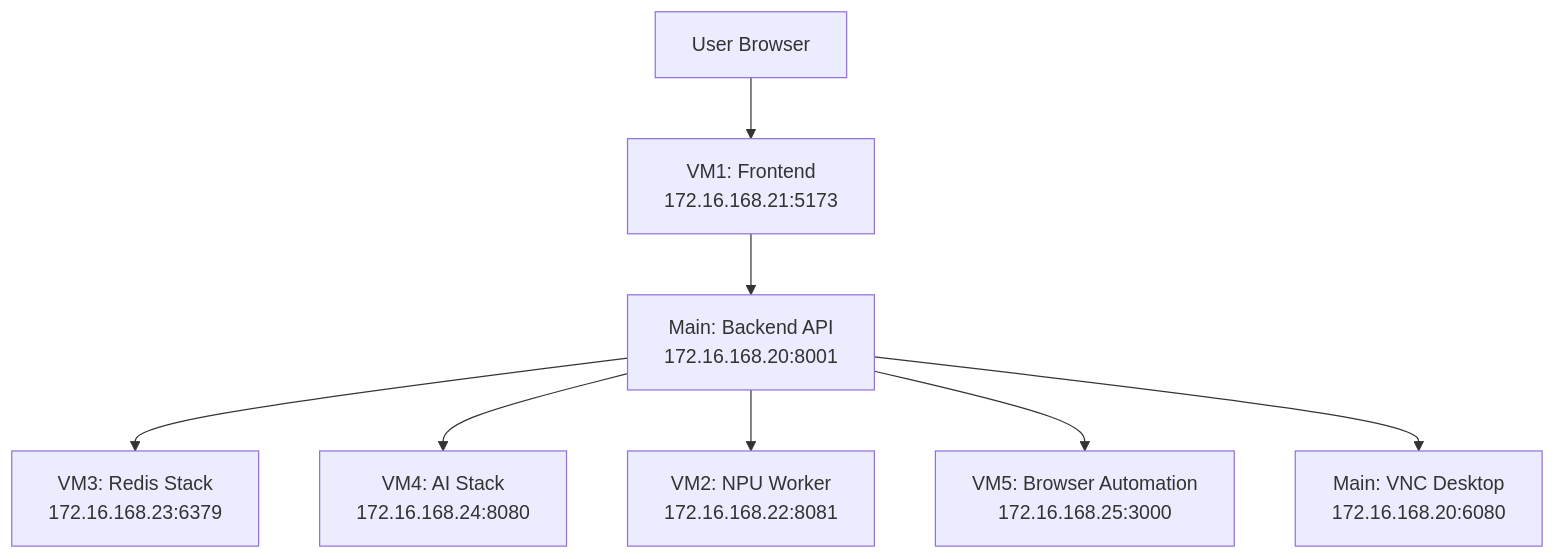
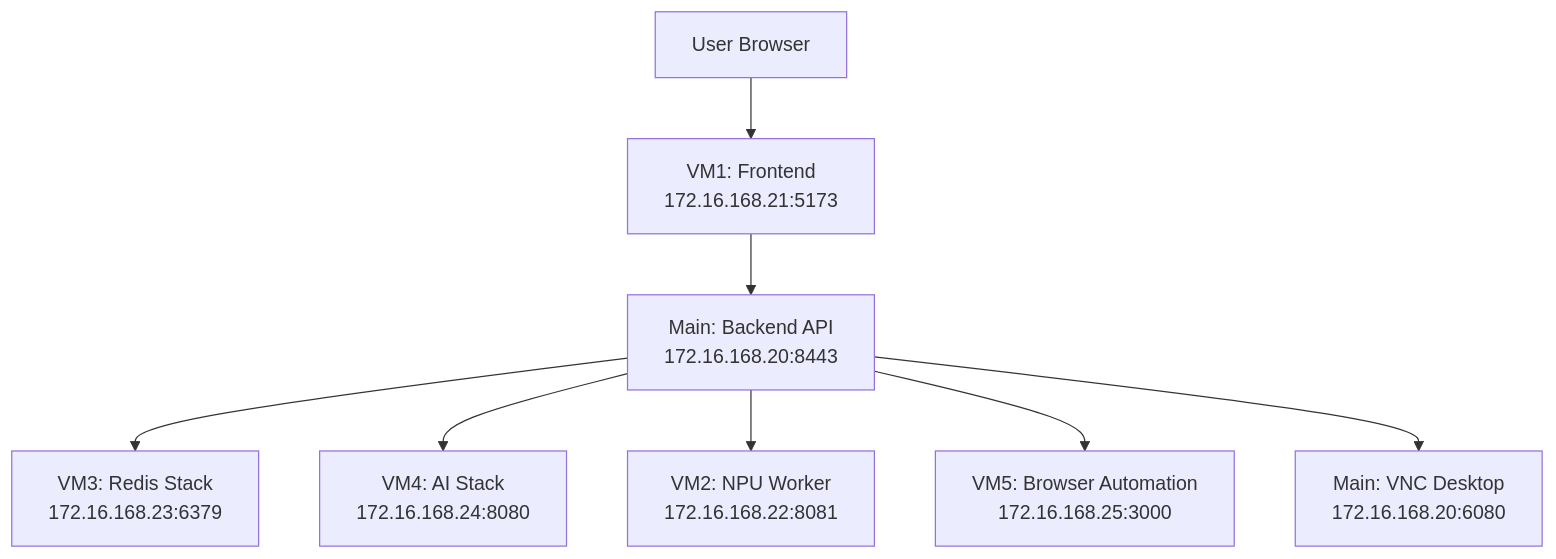
One commit to mrveiss/AutoBot-AI changed the diagram in docs/architecture/README.md. Above: the diagram before and after it, drawn with Mermaid. The commit also changed 66 other files, not shown here.

````diff
--- a/docs/architecture/README.md
+++ b/docs/architecture/README.md
@@ -23,10 +23,10 @@
 ```mermaid
 graph TB
     User[User Browser] --> Frontend[VM1: Frontend<br/>172.16.168.21:5173]
-    Frontend --> Backend[Main: Backend API<br/>172.16.168.20:8001]
+    Frontend --> Backend[Main: Backend API<br/>172.16.168.20:8443]
     Backend --> Redis[VM3: Redis Stack<br/>172.16.168.23:6379]
     Backend --> AI[VM4: AI Stack<br/>172.16.168.24:8080]
     Backend --> NPU[VM2: NPU Worker<br/>172.16.168.22:8081]
     Backend --> Browser[VM5: Browser Automation<br/>172.16.168.25:3000]
     Backend --> Desktop[Main: VNC Desktop<br/>172.16.168.20:6080]
 ```
````
